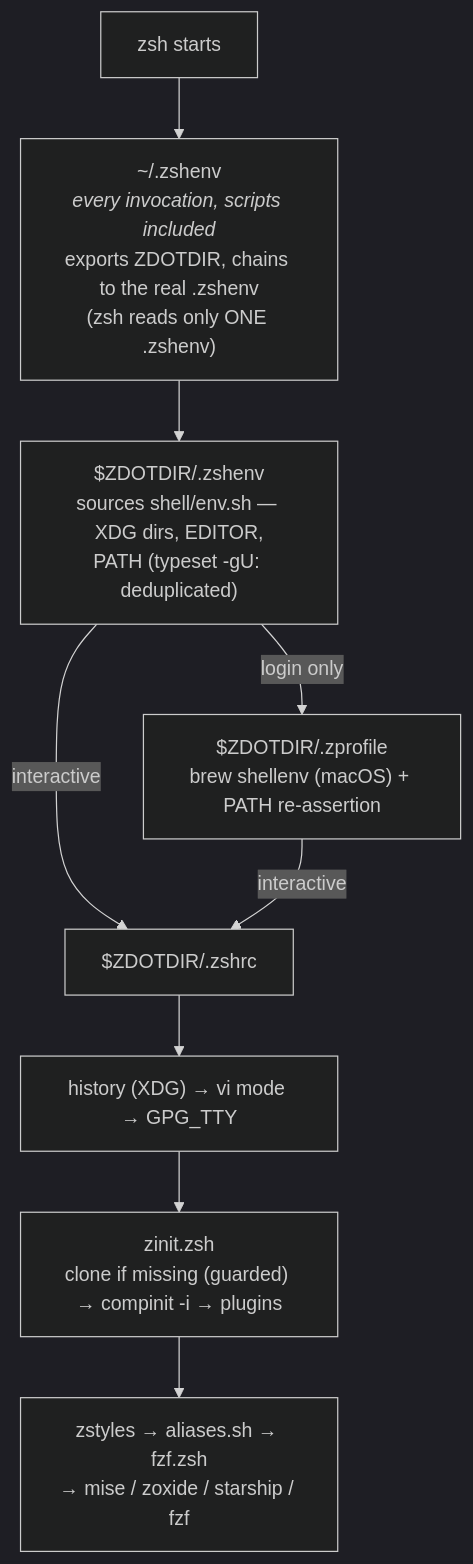
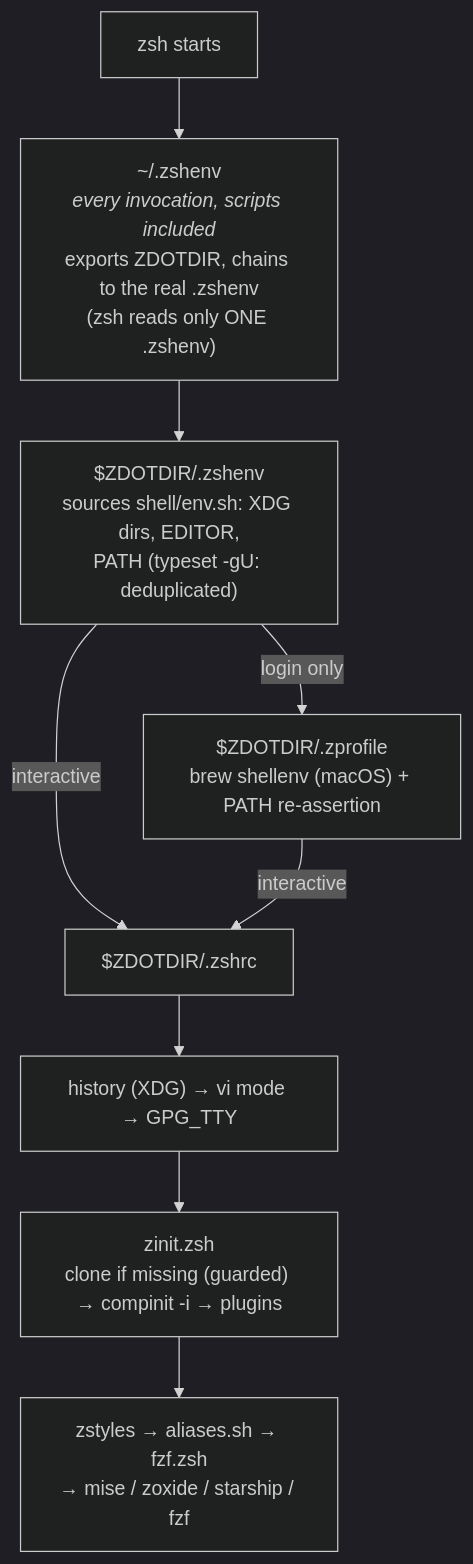
Before and after one commit to Raf7c/dotfiles: the first of 2 diagrams in docs/architecture.md, drawn with Mermaid (dark theme). The commit also changed other lines of this file and 48 other files, not shown here.

````diff
--- a/docs/architecture.md
+++ b/docs/architecture.md
@@ -8,11 +8,11 @@
 ```mermaid
 flowchart TD
     A["zsh starts"] --> B["~/.zshenv<br/><i>every invocation, scripts included</i><br/>exports ZDOTDIR, chains to the real .zshenv<br/>(zsh reads only ONE .zshenv)"]
-    B --> C["$ZDOTDIR/.zshenv<br/>sources shell/env.sh — XDG dirs, EDITOR,<br/>PATH (typeset -gU: deduplicated)"]
+    B --> C["$ZDOTDIR/.zshenv<br/>sources shell/env.sh: XDG dirs, EDITOR,<br/>PATH (typeset -gU: deduplicated)"]
     C -->|login only| D["$ZDOTDIR/.zprofile<br/>brew shellenv (macOS) + PATH re-assertion"]
     C -->|interactive| E["$ZDOTDIR/.zshrc"]
     D -->|interactive| E
     E --> F["history (XDG) → vi mode → GPG_TTY"]
     F --> G["zinit.zsh<br/>clone if missing (guarded) → compinit -i → plugins"]
     G --> H["zstyles → aliases.sh → fzf.zsh<br/>→ mise / zoxide / starship / fzf"]
 ```
````
